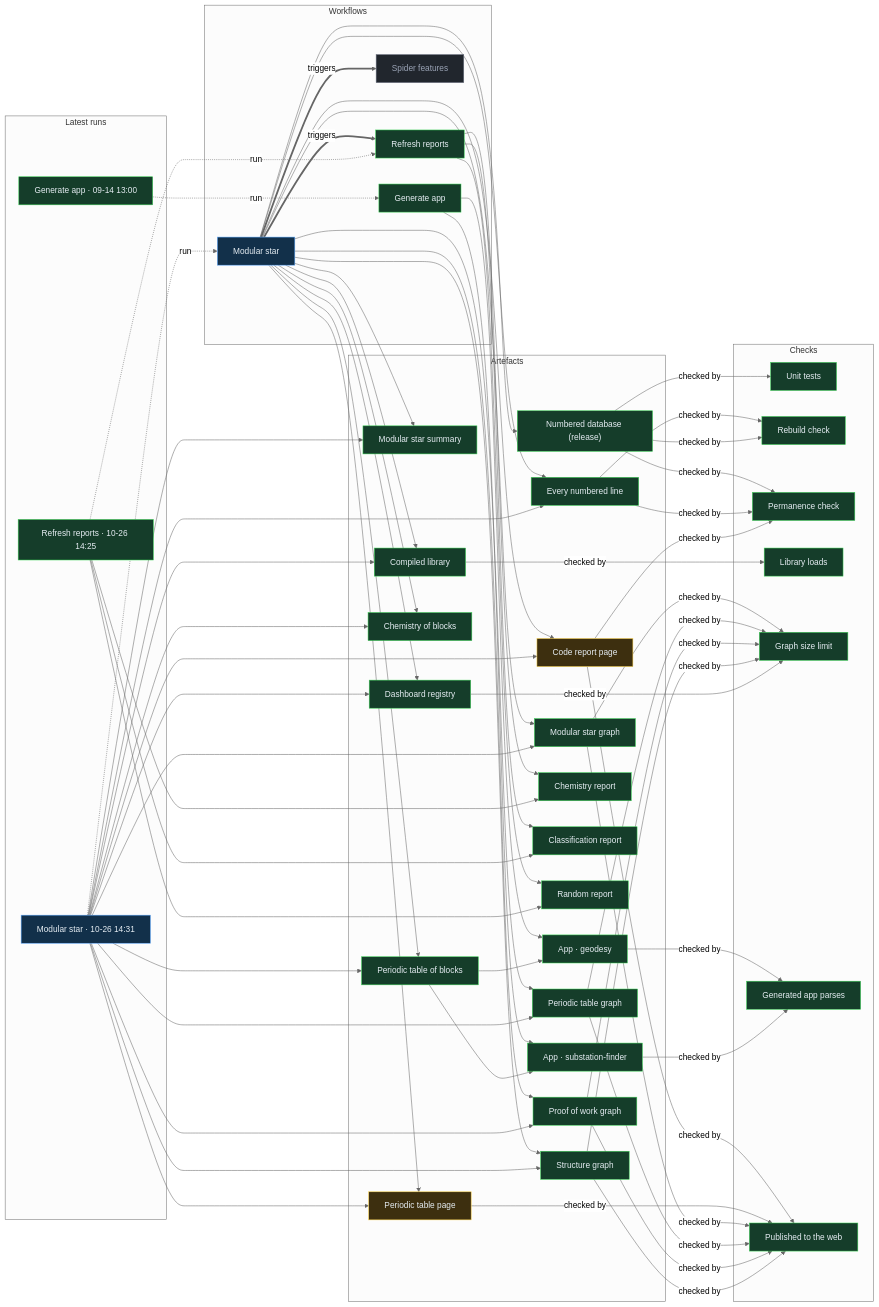
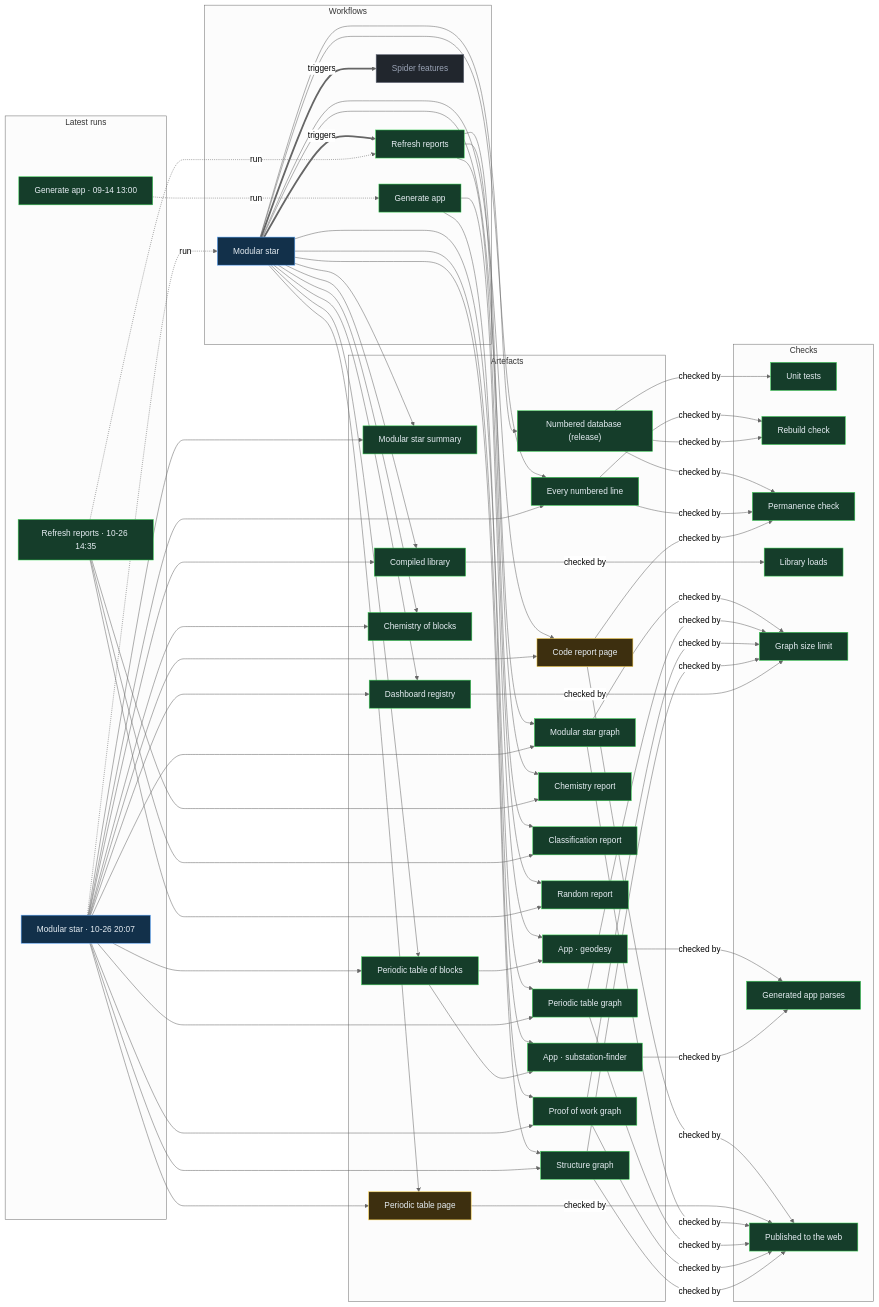
The diagram in proof/PROOF.md (Ventusltd/stars), drawn with Mermaid (neutral theme) before and after one commit. The commit also changed other lines of this file and 119 other files, not shown here.

Commit message:
Modular star 2026-10-26T20:10Z

```diff
--- a/proof/PROOF.md
+++ b/proof/PROOF.md
@@ -24,8 +24,8 @@
   n_wf_spider_features["Spider features"]:::off
   end
   subgraph g_runs["Latest runs"]
-  n_run_40340455284["Modular star · 10-26 14:31"]:::live
-  n_run_40339541147["Refresh reports · 10-26 14:25"]:::ok
+  n_run_40392830448["Modular star · 10-26 20:07"]:::live
+  n_run_40340973364["Refresh reports · 10-26 14:35"]:::ok
   n_run_34846587798["Generate app · 09-14 13:00"]:::ok
   end
   subgraph g_artefacts["Artefacts"]
@@ -59,39 +59,39 @@
   end
   n_wf_modular_star == triggers ==> n_wf_refresh
   n_wf_modular_star == triggers ==> n_wf_spider_features
-  n_run_40340455284 -. run .-> n_wf_modular_star
-  n_run_40339541147 -. run .-> n_wf_refresh
+  n_run_40392830448 -. run .-> n_wf_modular_star
+  n_run_40340973364 -. run .-> n_wf_refresh
   n_run_34846587798 -. run .-> n_wf_generate
   n_wf_modular_star --> n_art_summary
-  n_run_40340455284 --> n_art_summary
+  n_run_40392830448 --> n_art_summary
   n_wf_modular_star --> n_art_lines
-  n_run_40340455284 --> n_art_lines
+  n_run_40392830448 --> n_art_lines
   n_wf_modular_star --> n_art_code
-  n_run_40340455284 --> n_art_code
+  n_run_40392830448 --> n_art_code
   n_wf_modular_star --> n_art_modular_graph
-  n_run_40340455284 --> n_art_modular_graph
+  n_run_40392830448 --> n_art_modular_graph
   n_wf_modular_star --> n_art_blocks
-  n_run_40340455284 --> n_art_blocks
+  n_run_40392830448 --> n_art_blocks
   n_wf_modular_star --> n_art_table
-  n_run_40340455284 --> n_art_table
+  n_run_40392830448 --> n_art_table
   n_wf_modular_star --> n_art_blocks_graph
-  n_run_40340455284 --> n_art_blocks_graph
+  n_run_40392830448 --> n_art_blocks_graph
   n_wf_modular_star --> n_art_reactions
-  n_run_40340455284 --> n_art_reactions
+  n_run_40392830448 --> n_art_reactions
   n_wf_modular_star --> n_art_library
-  n_run_40340455284 --> n_art_library
+  n_run_40392830448 --> n_art_library
   n_wf_modular_star --> n_art_features
-  n_run_40340455284 --> n_art_features
+  n_run_40392830448 --> n_art_features
   n_wf_modular_star --> n_art_proof
-  n_run_40340455284 --> n_art_proof
+  n_run_40392830448 --> n_art_proof
   n_wf_modular_star --> n_art_structure
-  n_run_40340455284 --> n_art_structure
+  n_run_40392830448 --> n_art_structure
   n_wf_refresh --> n_art_chemistry
-  n_run_40339541147 --> n_art_chemistry
+  n_run_40340973364 --> n_art_chemistry
   n_wf_refresh --> n_art_vedic
-  n_run_40339541147 --> n_art_vedic
+  n_run_40340973364 --> n_art_vedic
   n_wf_refresh --> n_art_random
-  n_run_40339541147 --> n_art_random
+  n_run_40340973364 --> n_art_random
   n_wf_modular_star --> n_art_release
   n_wf_generate --> n_app_geodesy
   n_art_blocks --> n_app_geodesy
```
